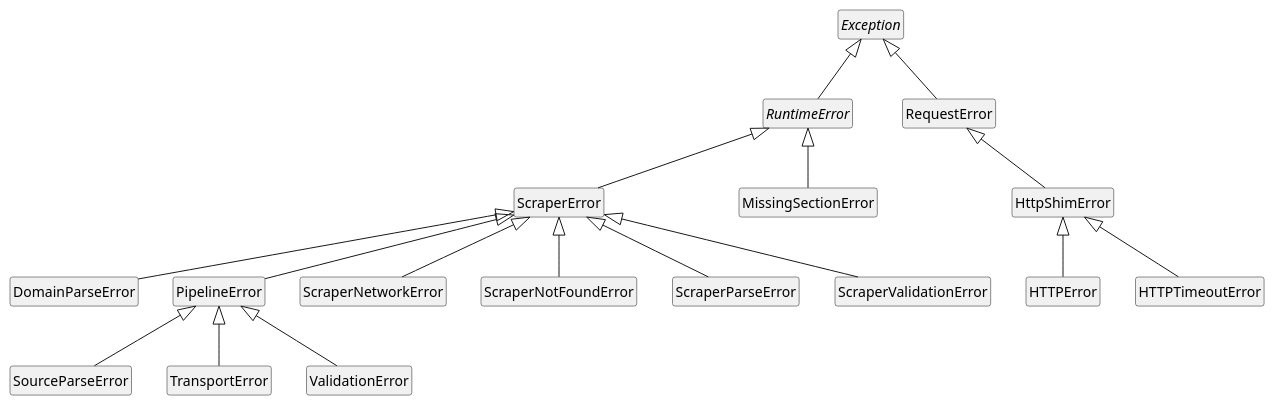
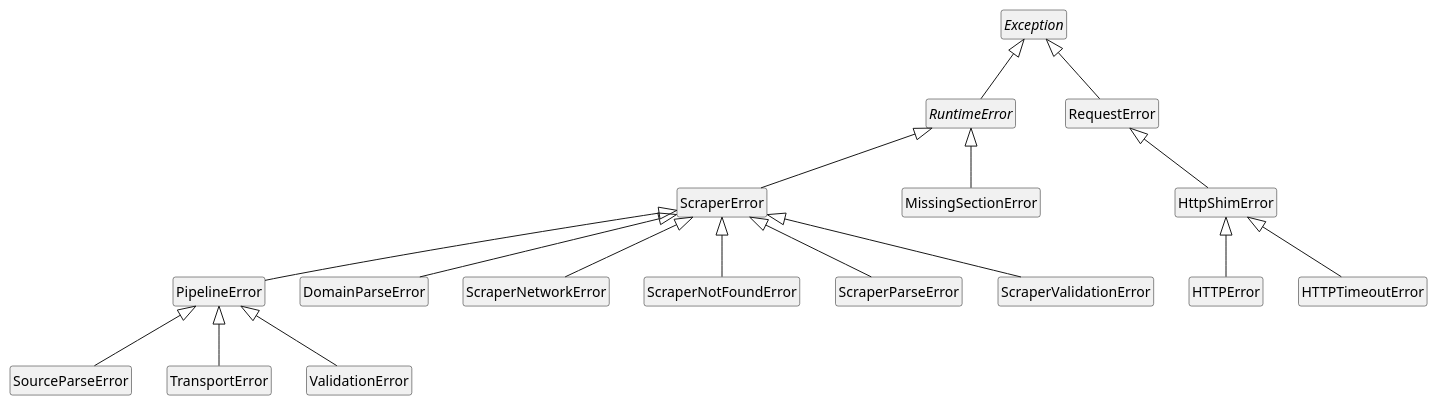
The diagram in docs/uml/handmade/errors/errors.puml (bgembalczyk/F1), drawn with PlantUML before and after one commit. The commit also changed 2 other files, not shown here.

Commit message:
ręczne poprawki do schematów dziedziczenia

```diff
--- a/docs/uml/handmade/errors/errors.puml
+++ b/docs/uml/handmade/errors/errors.puml
@@ -1,47 +1,56 @@
 @startuml
 
 hide circle
 hide empty members
 
 abstract class Exception
+
 abstract class RuntimeError
 
+
 class RequestError
+
+class ScraperError
 class HttpShimError
+
+class PipelineError
+
 class HTTPError
 class HTTPTimeoutError
-class ScraperError
 class DomainParseError
-class PipelineError
 class ScraperNetworkError
 class ScraperNotFoundError
 class ScraperParseError
 class ScraperValidationError
 class SourceParseError
 class TransportError
 class ValidationError
 class MissingSectionError
 
 
 Exception <|-- RuntimeError
 Exception <|-- RequestError
 
+
 RuntimeError <|-- ScraperError
 RuntimeError <|-- MissingSectionError
 
 RequestError <|-- HttpShimError
+
 
 HttpShimError <|-- HTTPError
 HttpShimError <|-- HTTPTimeoutError
 
 ScraperError <|-- DomainParseError
 ScraperError <|-- PipelineError
 ScraperError <|-- ScraperNetworkError
 ScraperError <|-- ScraperNotFoundError
 ScraperError <|-- ScraperParseError
 ScraperError <|-- ScraperValidationError
 
+
 PipelineError <|-- SourceParseError
 PipelineError <|-- TransportError
 PipelineError <|-- ValidationError
+
 @enduml
```
